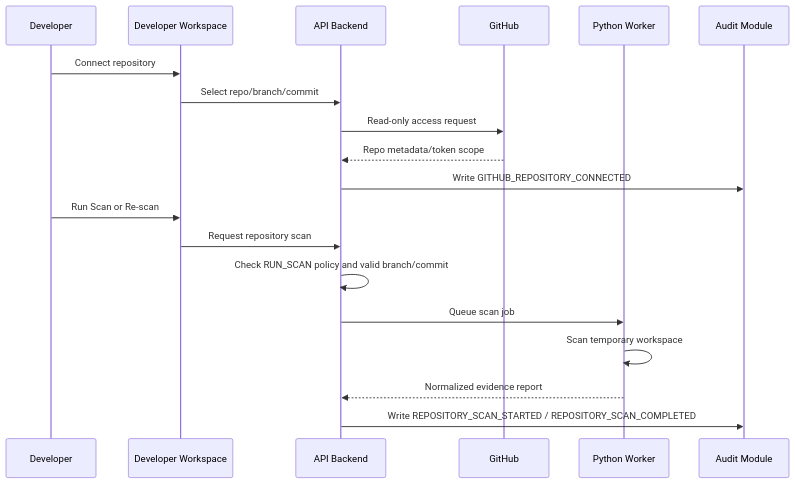
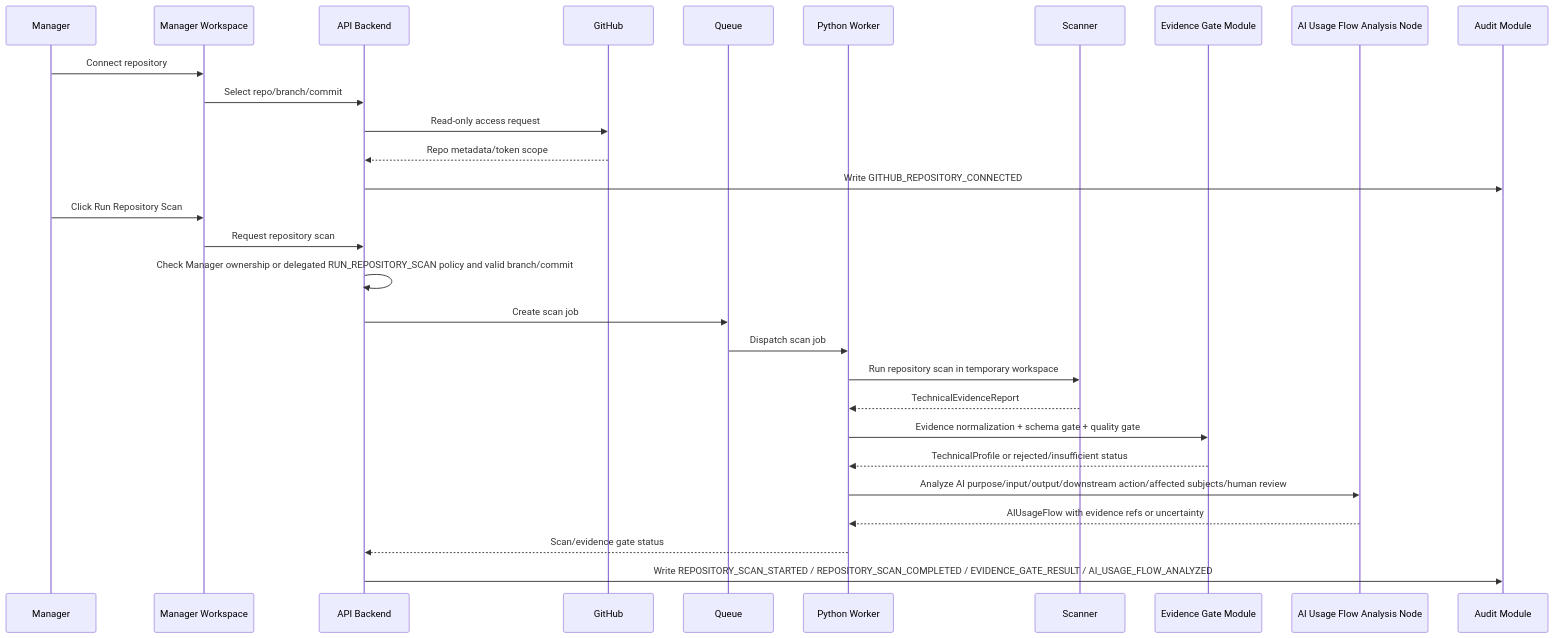
The eighth of 18 diagrams in docs/design/sequence-diagrams.md (khovan123/LCSP), drawn with Mermaid before and after one commit. The commit also changed other lines of this file and 122 other files, not shown here.

````diff
--- a/docs/design/sequence-diagrams.md
+++ b/docs/design/sequence-diagrams.md
@@ -210,21 +240,31 @@
 ```mermaid
 sequenceDiagram
-  participant D as Developer
-  participant FE as Developer Workspace
+  participant M as Manager
+  participant FE as Manager Workspace
   participant API as API Backend
   participant GH as GitHub
+  participant Q as Queue
   participant W as Python Worker
+  participant Scanner as Scanner
+  participant Gate as Evidence Gate Module
+  participant Usage as AI Usage Flow Analysis Node
   participant Audit as Audit Module
-  D->>FE: Connect repository
+  M->>FE: Connect repository
   FE->>API: Select repo/branch/commit
   API->>GH: Read-only access request
   GH-->>API: Repo metadata/token scope
   API->>Audit: Write GITHUB_REPOSITORY_CONNECTED
-  D->>FE: Run Scan or Re-scan
+  M->>FE: Click Run Repository Scan
   FE->>API: Request repository scan
-  API->>API: Check RUN_SCAN policy and valid branch/commit
-  API->>W: Queue scan job
-  W->>W: Scan temporary workspace
-  W-->>API: Normalized evidence report
-  API->>Audit: Write REPOSITORY_SCAN_STARTED / REPOSITORY_SCAN_COMPLETED
+  API->>API: Check Manager ownership or delegated RUN_REPOSITORY_SCAN policy and valid branch/commit
+  API->>Q: Create scan job
+  Q->>W: Dispatch scan job
+  W->>Scanner: Run repository scan in temporary workspace
+  Scanner-->>W: TechnicalEvidenceReport
+  W->>Gate: Evidence normalization + schema gate + quality gate
+  Gate-->>W: TechnicalProfile or rejected/insufficient status
+  W->>Usage: Analyze AI purpose/input/output/downstream action/affected subjects/human review
+  Usage-->>W: AIUsageFlow with evidence refs or uncertainty
+  W-->>API: Scan/evidence gate status
+  API->>Audit: Write REPOSITORY_SCAN_STARTED / REPOSITORY_SCAN_COMPLETED / EVIDENCE_GATE_RESULT / AI_USAGE_FLOW_ANALYZED
 ```
````
